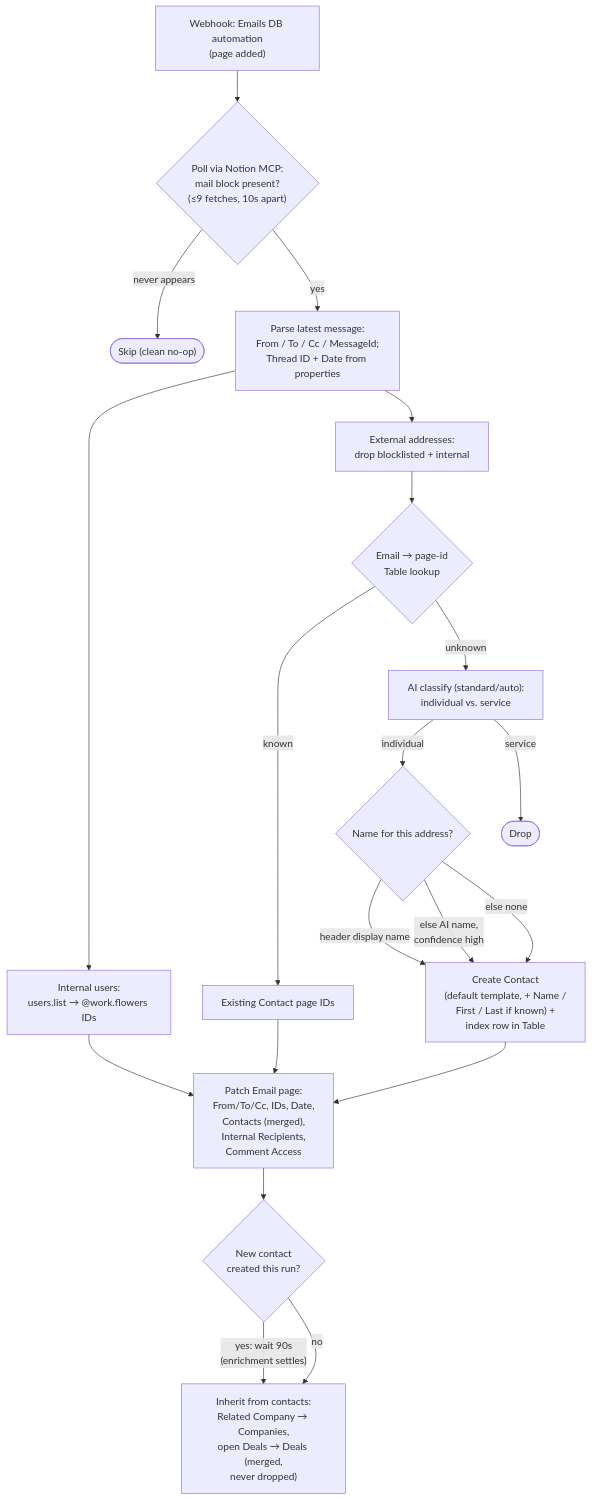
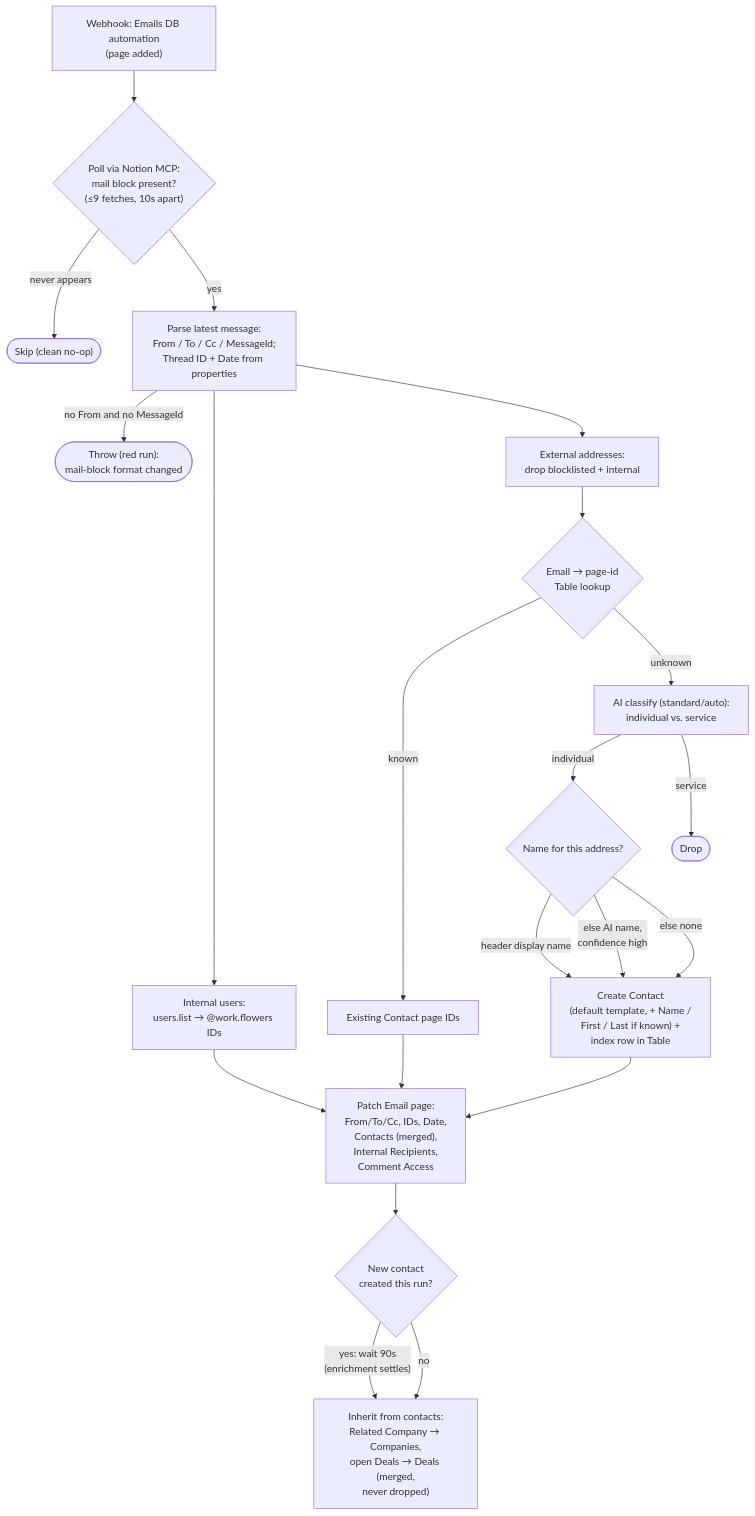
The diagram in email-db-updates/README.md (work-flowers/zapier-sdk), drawn with Mermaid before and after one commit. The commit also changed other lines of this file and 2 other files, not shown here.

First line of the commit message:
email-db-updates: parse Notion's <br /> mail blocks; throw on an empty parse

````diff
--- a/email-db-updates/README.md
+++ b/email-db-updates/README.md
@@ -20,22 +20,23 @@
 ```mermaid
 flowchart TD
     A["Webhook: Emails DB automation<br/>(page added)"] --> B{"Poll via Notion MCP:<br/>mail block present?<br/>(≤9 fetches, 10s apart)"}
     B -- "never appears" --> S(["Skip (clean no-op)"])
     B -- yes --> C["Parse latest message:<br/>From / To / Cc / MessageId;<br/>Thread ID + Date from properties"]
+    C -- "no From and no MessageId" --> X(["Throw (red run):<br/>mail-block format changed"])
     C --> D["Internal users:<br/>users.list → @work.flowers IDs"]
     C --> E["External addresses:<br/>drop blocklisted + internal"]
     E --> F{"Email → page-id<br/>Table lookup"}
     F -- known --> G["Existing Contact page IDs"]
     F -- unknown --> H["AI classify (standard/auto):<br/>individual vs. service"]
     H -- individual --> N{"Name for this address?"}
     N -- "header display name" --> I
     N -- "else AI name,<br/>confidence high" --> I
     N -- "else none" --> I["Create Contact<br/>(default template, + Name /<br/>First / Last if known) +<br/>index row in Table"]
     H -- service --> J(["Drop"])
     D --> K
     G --> K
     I --> K["Patch Email page:<br/>From/To/Cc, IDs, Date,<br/>Contacts (merged),<br/>Internal Recipients,<br/>Comment Access"]
     K --> L{"New contact<br/>created this run?"}
     L -- "yes: wait 90s<br/>(enrichment settles)" --> M
     L -- no --> M["Inherit from contacts:<br/>Related Company → Companies,<br/>open Deals → Deals (merged,<br/>never dropped)"]
 ```
````
